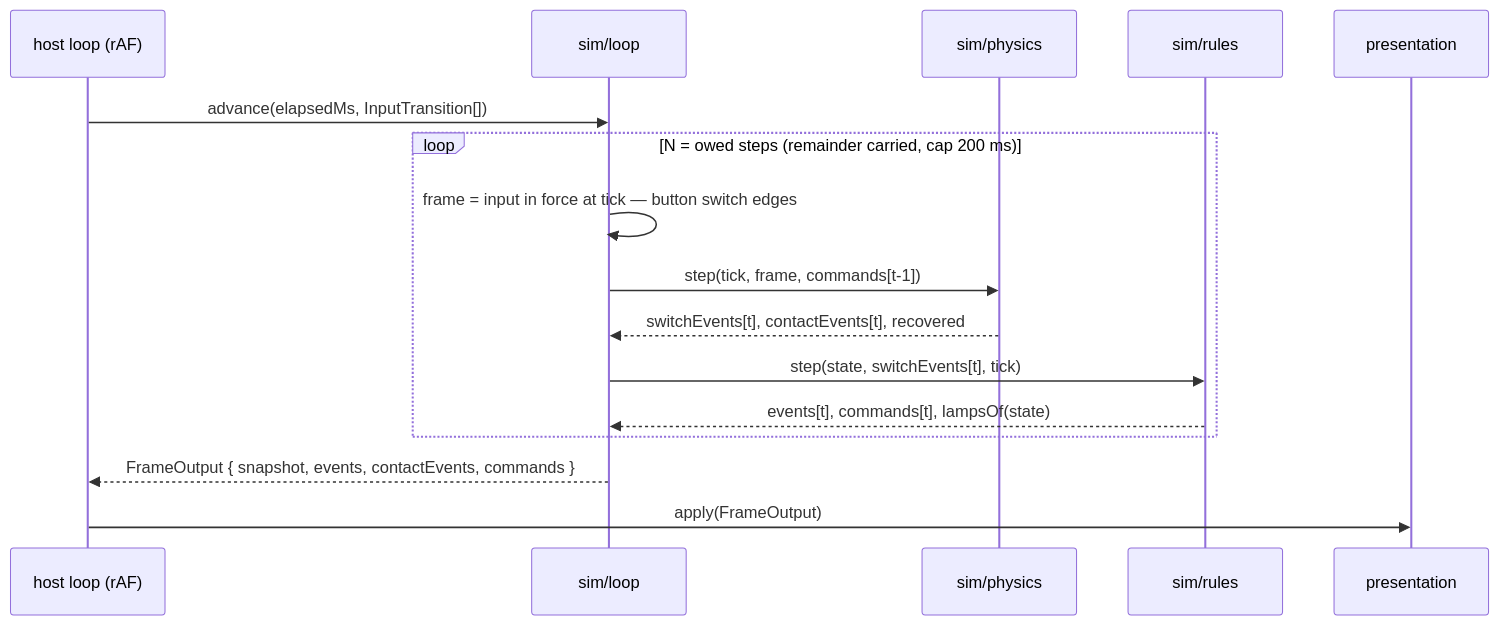
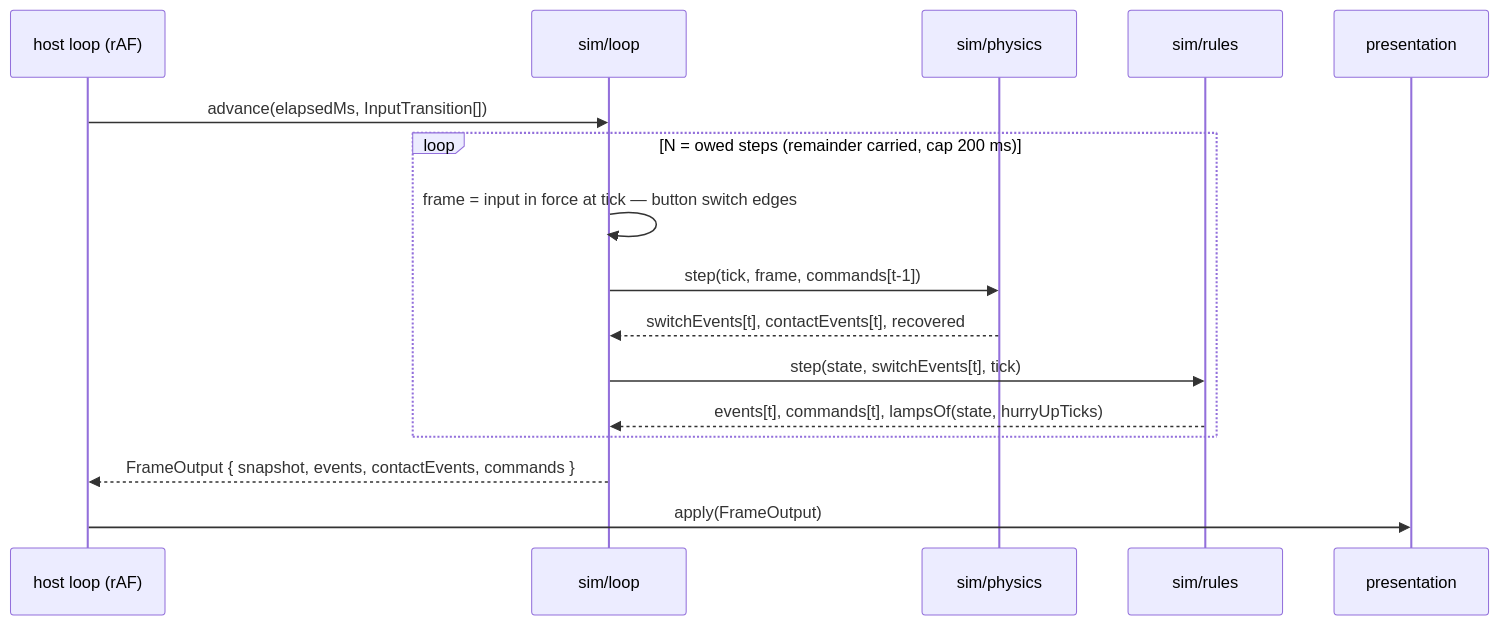
The second of 4 diagrams in _bmad-output/planning-artifacts/architecture/architecture-dragonwar-2026-08-26/ARCHITECTURE-SPINE.md (jbrandtmse/dragonwar), drawn with Mermaid before and after one commit. The commit also changed other lines of this file and 4 other files, not shown here.

````diff
--- a/_bmad-output/planning-artifacts/architecture/architecture-dragonwar-2026-08-26/ARCHITECTURE-SPINE.md
+++ b/_bmad-output/planning-artifacts/architecture/architecture-dragonwar-2026-08-26/ARCHITECTURE-SPINE.md
@@ -93,18 +93,18 @@
 ```mermaid
 sequenceDiagram
   participant H as host loop (rAF)
   participant L as sim/loop
   participant P as sim/physics
   participant R as sim/rules
   participant V as presentation
   H->>L: advance(elapsedMs, InputTransition[])
   loop N = owed steps (remainder carried, cap 200 ms)
     L->>L: frame = input in force at tick — button switch edges
     L->>P: step(tick, frame, commands[t-1])
     P-->>L: switchEvents[t], contactEvents[t], recovered
     L->>R: step(state, switchEvents[t], tick)
-    R-->>L: events[t], commands[t], lampsOf(state)
+    R-->>L: events[t], commands[t], lampsOf(state, hurryUpTicks)
   end
   L-->>H: FrameOutput { snapshot, events, contactEvents, commands }
   H->>V: apply(FrameOutput)
 ```
````
